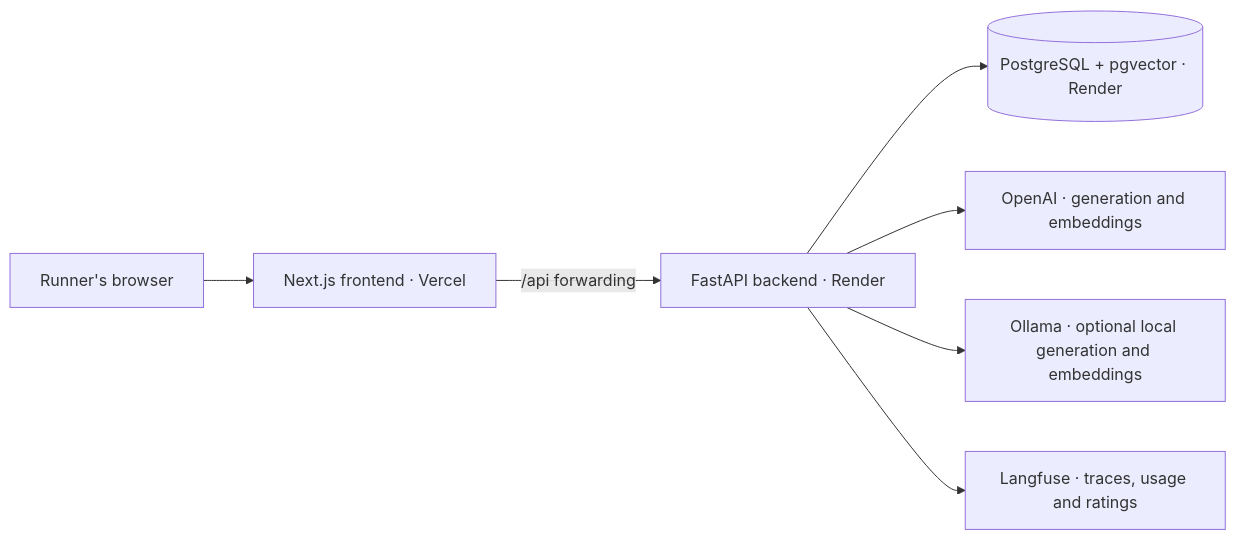
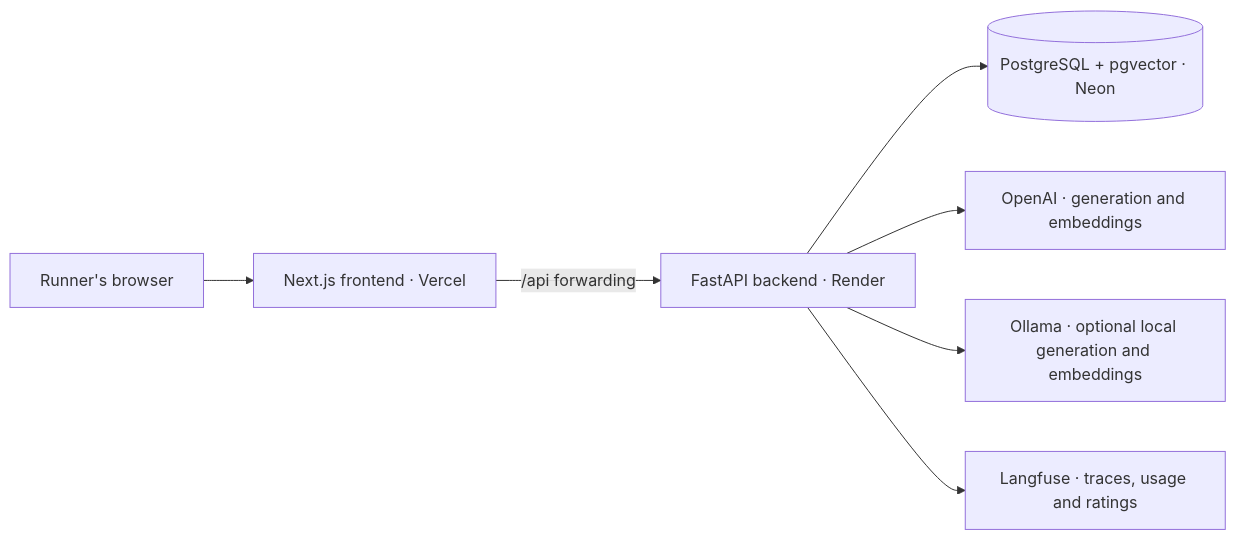
The diagram in README.md (jmrocharamos/running_club_assistant), drawn with Mermaid before and after one commit. The commit also changed other lines of this file and 3 other files, not shown here.

````diff
--- a/README.md
+++ b/README.md
@@ -25,9 +25,9 @@
 ```mermaid
 flowchart LR
     Browser[Runner's browser] --> Frontend[Next.js frontend · Vercel]
     Frontend -->|/api forwarding| Backend[FastAPI backend · Render]
-    Backend --> DB[(PostgreSQL + pgvector · Render)]
+    Backend --> DB[(PostgreSQL + pgvector · Neon)]
     Backend --> OpenAI[OpenAI · generation and embeddings]
     Backend --> Ollama[Ollama · optional local generation and embeddings]
     Backend --> Langfuse[Langfuse · traces, usage and ratings]
 ```
````
